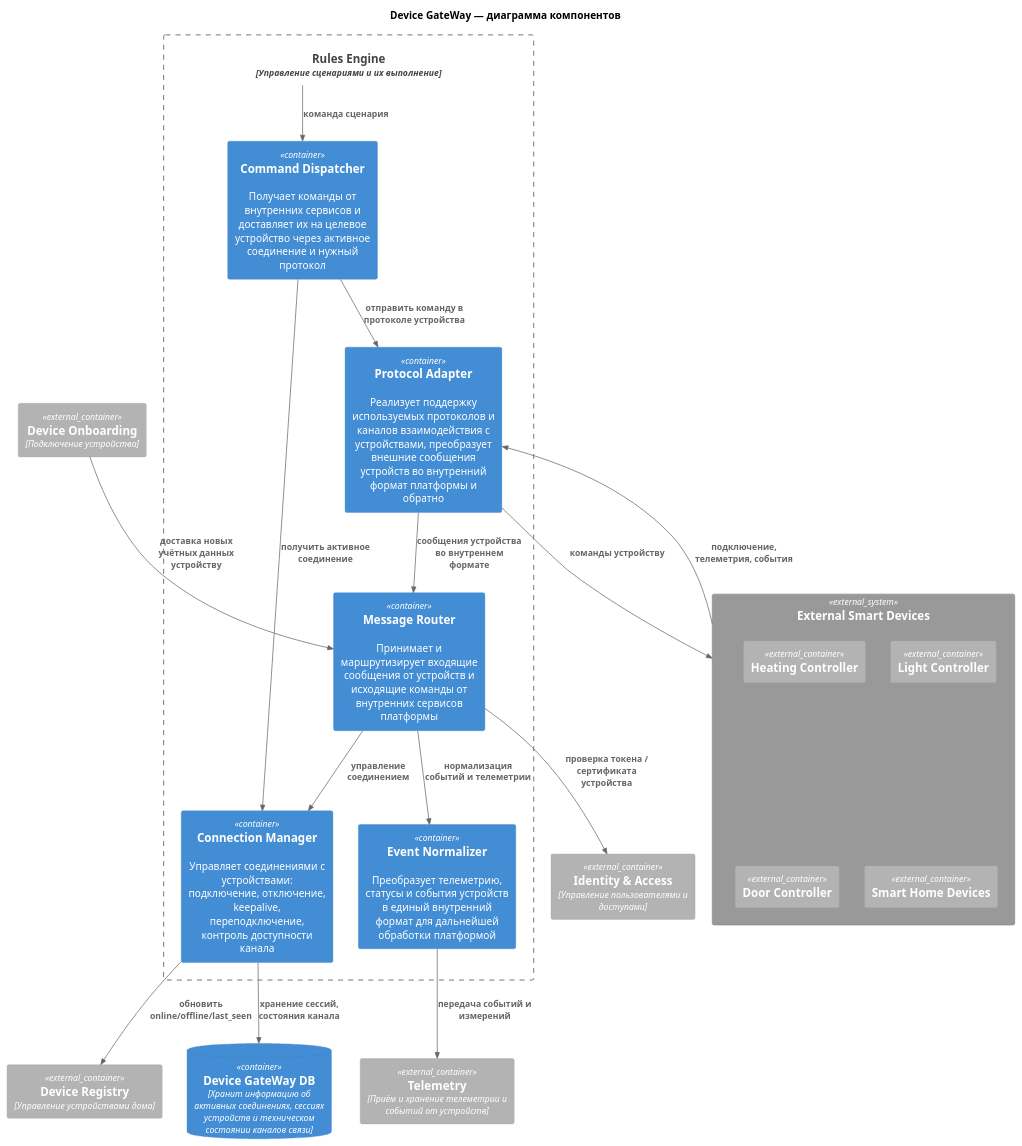
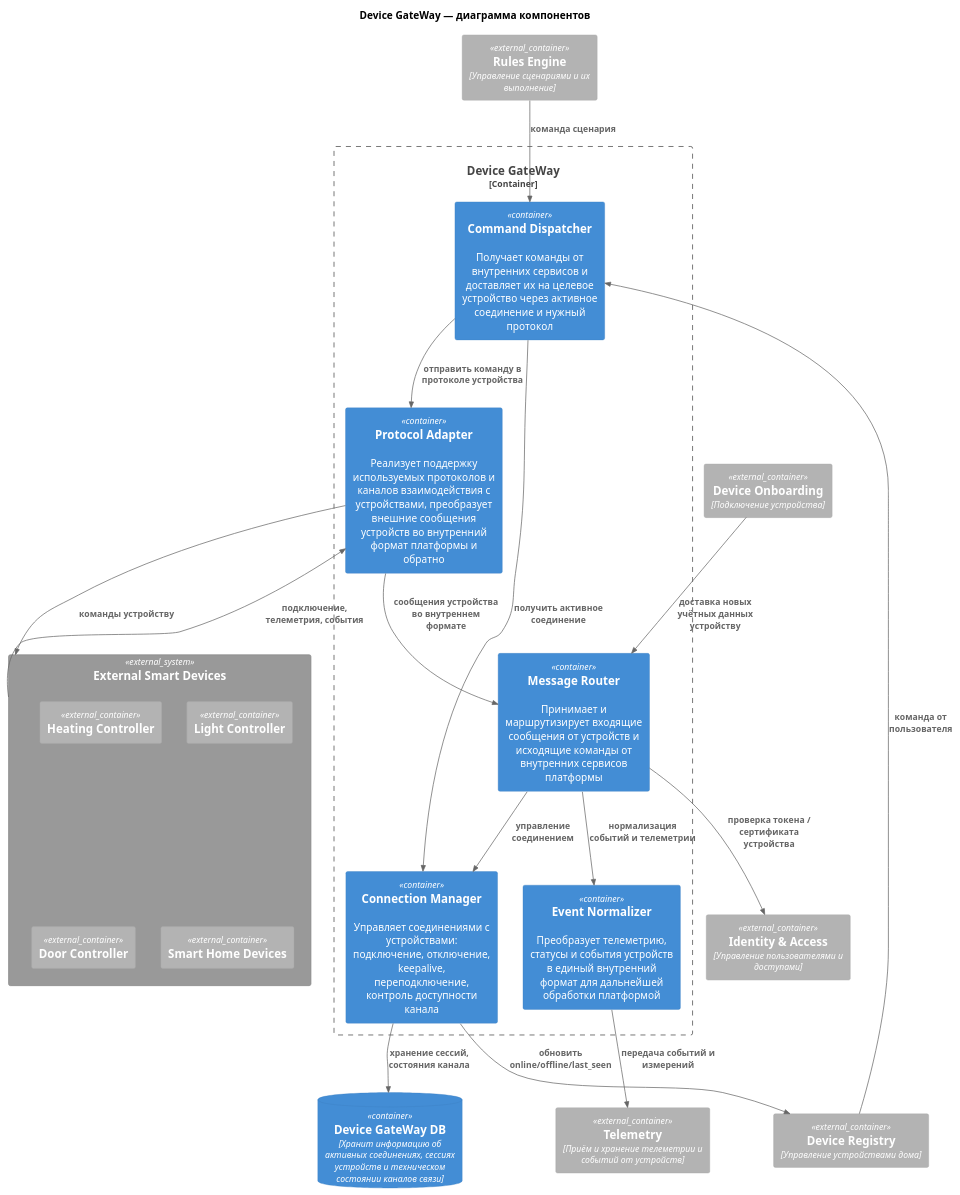
One commit to Meeluck/architecture-warmhouse changed the diagram in arch/component/device_gateway_component.puml. Above: the diagram before and after it, drawn with PlantUML. The commit also changed 13 other files, not shown here.

Commit message:
reworked component diagrams

```diff
--- a/arch/component/device_gateway_component.puml
+++ b/arch/component/device_gateway_component.puml
@@ -1,58 +1,51 @@
 @startuml
 !include https://raw.githubusercontent.com/plantuml-stdlib/C4-PlantUML/master/C4_Component.puml
 
 title Device GateWay — диаграмма компонентов
 
-' Container_Ext(gw, API GateWay)
 Container_Ext(ia,Identity & Access,Управление пользователями и доступами)
 Container_Ext(dr,Device Registry,Управление устройствами дома)
 Container_Ext(do,Device Onboarding,Подключение устройства)
-' Container_Ext(dg,Device GateWay,Интеграционный слой управления устройствами)
 Container_Ext(tm,Telemetry,Приём и хранение телеметрии и событий от устройств)
 Container_Ext(re, Rules Engine,Управление сценариями и их выполнение)
 
 ContainerDb(db_dm_dg, Device GateWay DB,"Хранит информацию об активных соединениях, сессиях устройств и техническом состоянии каналов связи")
 
-Container_Boundary(re, Device GateWay){    
+Container_Boundary(dg, Device GateWay){    
    Container(router, Message Router,,"Принимает и маршрутизирует входящие сообщения от устройств и исходящие команды от внутренних сервисов платформы")
-
    Container(adapter,Protocol Adapter,,"Реализует поддержку используемых протоколов и каналов взаимодействия с устройствами, преобразует внешние сообщения устройств во внутренний формат платформы и обратно")
-   
    Container(manager, Connection Manager,,"Управляет соединениями с устройствами: подключение, отключение, keepalive, переподключение, контроль доступности канала ")
-   
    Container(dispatcher, Command Dispatcher,,"Получает команды от внутренних сервисов и доставляет их на целевое устройство через активное соединение и нужный протокол")
-   
    Container(normalizer,Event Normalizer,,"Преобразует телеметрию, статусы и события устройств в единый внутренний формат для дальнейшей обработки платформой")
 }
 
 System_Ext(extDev,"External Smart Devices"){
     Container_Ext(heating,"Heating Controller")
     Container_Ext(light,"Light Controller")
     Container_Ext(door,"Door Controller")
     Container_Ext(shd,"Smart Home Devices")
 }
 
-
 Rel(extDev,adapter,"подключение, телеметрия, события")
 Rel(adapter,router,"сообщения устройства во внутреннем формате")
 Rel(router,manager,"управление соединением")
 Rel(manager,db_dm_dg,"хранение сессий, состояния канала")
 
 Rel(router,normalizer,"нормализация событий и телеметрии")
 Rel(normalizer,tm,"передача событий и измерений")
 
-' Rel(dr,dispatcher,"команда на устройство")
+Rel(dr,dispatcher,"команда от пользователя")
+Rel(re,dispatcher,"команда сценария")
 
-Rel(re,dispatcher,"команда сценария")
 Rel(dispatcher,manager,"получить активное соединение")
 Rel(dispatcher,adapter,"отправить команду в протоколе устройства")
 
 Rel(adapter,extDev,"команды устройству")
 
 Rel(router,ia,"проверка токена / сертификата устройства")
 Rel(do,router,"доставка новых учётных данных устройству")
 
 Rel(manager,dr,"обновить online/offline/last_seen")
 
 
 @enduml
```
